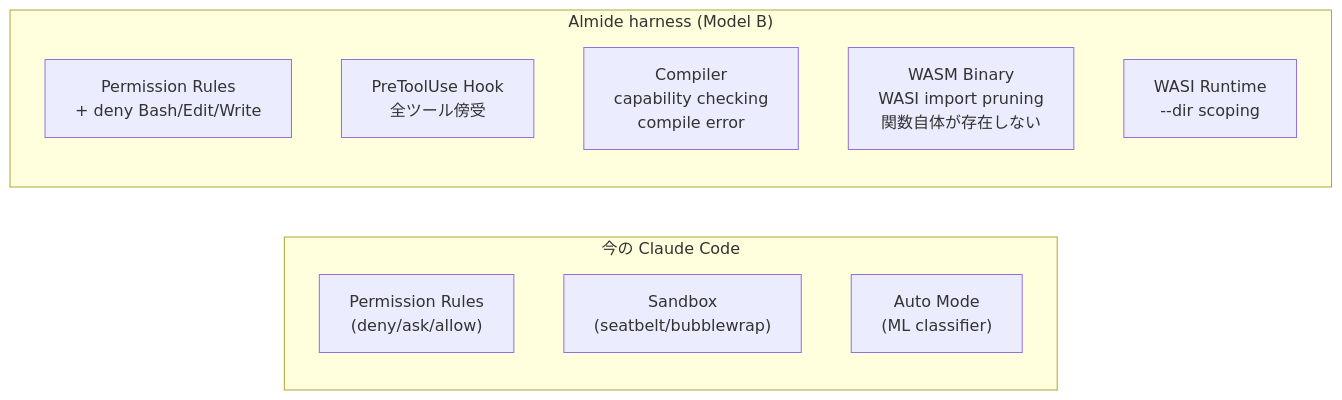
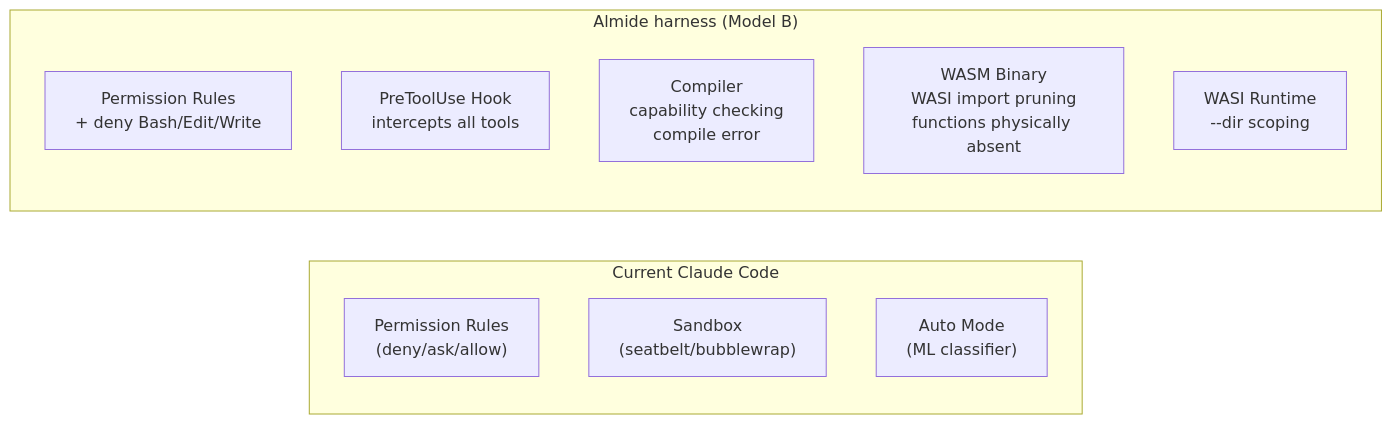
Before and after one commit to almide/almide: the third of 8 diagrams in docs/wasm/agent-container.md, drawn with Mermaid. The commit also changed other lines of this file and 5 other files, not shown here.

````diff
--- a/docs/wasm/agent-container.md
+++ b/docs/wasm/agent-container.md
@@ -103,16 +878,16 @@
 ```mermaid
 graph LR
-    subgraph "今の Claude Code"
+    subgraph "Current Claude Code"
         CC1["Permission Rules<br/>(deny/ask/allow)"]
         CC2["Sandbox<br/>(seatbelt/bubblewrap)"]
         CC3["Auto Mode<br/>(ML classifier)"]
     end
 
     subgraph "Almide harness (Model B)"
         A1["Permission Rules<br/>+ deny Bash/Edit/Write"]
-        A2["PreToolUse Hook<br/>全ツール傍受"]
+        A2["PreToolUse Hook<br/>intercepts all tools"]
         A3["Compiler<br/>capability checking<br/>compile error"]
-        A4["WASM Binary<br/>WASI import pruning<br/>関数自体が存在しない"]
+        A4["WASM Binary<br/>WASI import pruning<br/>functions physically absent"]
         A5["WASI Runtime<br/>--dir scoping"]
     end
 ```
````
